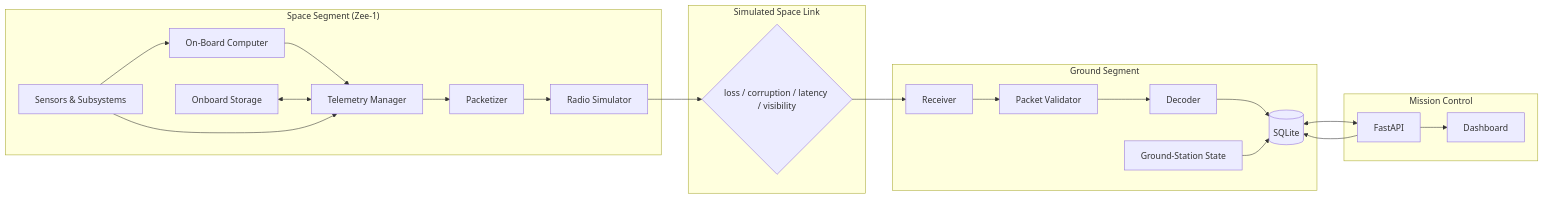
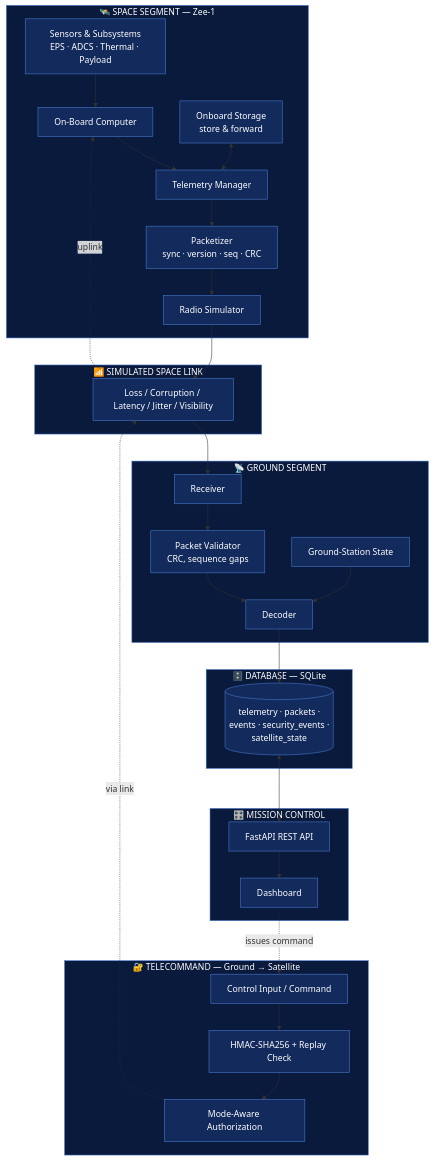
Before and after one commit to KekBatikMatcha/Zee-1-satellite-telemetry-simulator-: the diagram in docs/architecture.md, drawn with Mermaid. The commit also changed other lines of this file, not shown here.

````diff
--- a/docs/architecture.md
+++ b/docs/architecture.md
@@ -90,27 +91,77 @@
 ```mermaid
-flowchart LR
-    subgraph Space["Space Segment (Zee-1)"]
-        S[Sensors & Subsystems] --> OBC[On-Board Computer]
-        OBC --> TM[Telemetry Manager]
-        TM --> PK[Packetizer]
-        PK --> RF[Radio Simulator]
-        ST[Onboard Storage] <--> TM
+flowchart TD
+    subgraph SPACE["🛰️ SPACE SEGMENT — Zee-1"]
+        S[Sensors & Subsystems<br/>EPS · ADCS · Thermal · Payload]
+        OBC[On-Board Computer]
+        TM[Telemetry Manager]
+        PK[Packetizer<br/>sync · version · seq · CRC]
+        ST[Onboard Storage<br/>store & forward]
+        RF[Radio Simulator]
+
+        S --> OBC --> TM --> PK --> RF
+        ST <--> TM
     end
-    subgraph Link["Simulated Space Link"]
-        L{loss / corruption / latency / visibility}
+
+    subgraph LINK["📶 SIMULATED SPACE LINK"]
+        L[Loss / Corruption / Latency / Jitter / Visibility]
     end
-    subgraph Ground["Ground Segment"]
-        RX[Receiver] --> VAL[Packet Validator]
-        VAL --> DEC[Decoder]
-        DEC --> DB[(SQLite)]
-        GS[Ground-Station State] --> DB
+
+    subgraph GROUND["📡 GROUND SEGMENT"]
+        RX[Receiver]
+        VAL[Packet Validator<br/>CRC, sequence gaps]
+        DEC[Decoder]
+        GS[Ground-Station State]
+
+        RX --> VAL --> DEC
+        GS --> DEC
     end
-    subgraph MC["Mission Control"]
-        API[FastAPI] --> DB
-        API --> DASH[Dashboard]
+
+    subgraph DB["🗄️ DATABASE — SQLite"]
+        D[(telemetry · packets ·<br/>events · security_events ·<br/>satellite_state)]
     end
-    S --> TM
-    RF --> L
-    L --> RX
-    DB <--> API
+
+    subgraph MC["🎛️ MISSION CONTROL"]
+        API[FastAPI REST API]
+        DASH[Dashboard]
+        API --> DASH
+    end
+
+    subgraph CMD["🔐 TELECOMMAND — Ground → Satellite"]
+        IN[Control Input / Command]
+        AUTH[HMAC-SHA256 + Replay Check]
+        AUTHZ[Mode-Aware Authorization]
+        IN --> AUTH --> AUTHZ
+    end
+
+    RF --> L --> RX
+    DEC --> D
+    D <--> API
+    DASH -. issues command .-> IN
+    AUTHZ -. via link .-> L
+    L -. uplink .-> OBC
+
+    style SPACE fill:#0a1a3c,stroke:#4a7fd6,stroke-width:1px,color:#fff
+    style LINK fill:#0a1a3c,stroke:#4a7fd6,stroke-width:1px,color:#fff
+    style GROUND fill:#0a1a3c,stroke:#4a7fd6,stroke-width:1px,color:#fff
+    style DB fill:#0a1a3c,stroke:#4a7fd6,stroke-width:1px,color:#fff
+    style MC fill:#0a1a3c,stroke:#4a7fd6,stroke-width:1px,color:#fff
+    style CMD fill:#0a1a3c,stroke:#4a7fd6,stroke-width:1px,color:#fff
+
+    style S fill:#132a5c,stroke:#4a7fd6,color:#fff
+    style OBC fill:#132a5c,stroke:#4a7fd6,color:#fff
+    style TM fill:#132a5c,stroke:#4a7fd6,color:#fff
+    style PK fill:#132a5c,stroke:#4a7fd6,color:#fff
+    style ST fill:#132a5c,stroke:#4a7fd6,color:#fff
+    style RF fill:#132a5c,stroke:#4a7fd6,color:#fff
+    style L fill:#132a5c,stroke:#4a7fd6,color:#fff
+    style RX fill:#132a5c,stroke:#4a7fd6,color:#fff
+    style VAL fill:#132a5c,stroke:#4a7fd6,color:#fff
+    style DEC fill:#132a5c,stroke:#4a7fd6,color:#fff
+    style GS fill:#132a5c,stroke:#4a7fd6,color:#fff
+    style D fill:#132a5c,stroke:#4a7fd6,color:#fff
+    style API fill:#132a5c,stroke:#4a7fd6,color:#fff
+    style DASH fill:#132a5c,stroke:#4a7fd6,color:#fff
+    style IN fill:#132a5c,stroke:#4a7fd6,color:#fff
+    style AUTH fill:#132a5c,stroke:#4a7fd6,color:#fff
+    style AUTHZ fill:#132a5c,stroke:#4a7fd6,color:#fff
 ```
````
